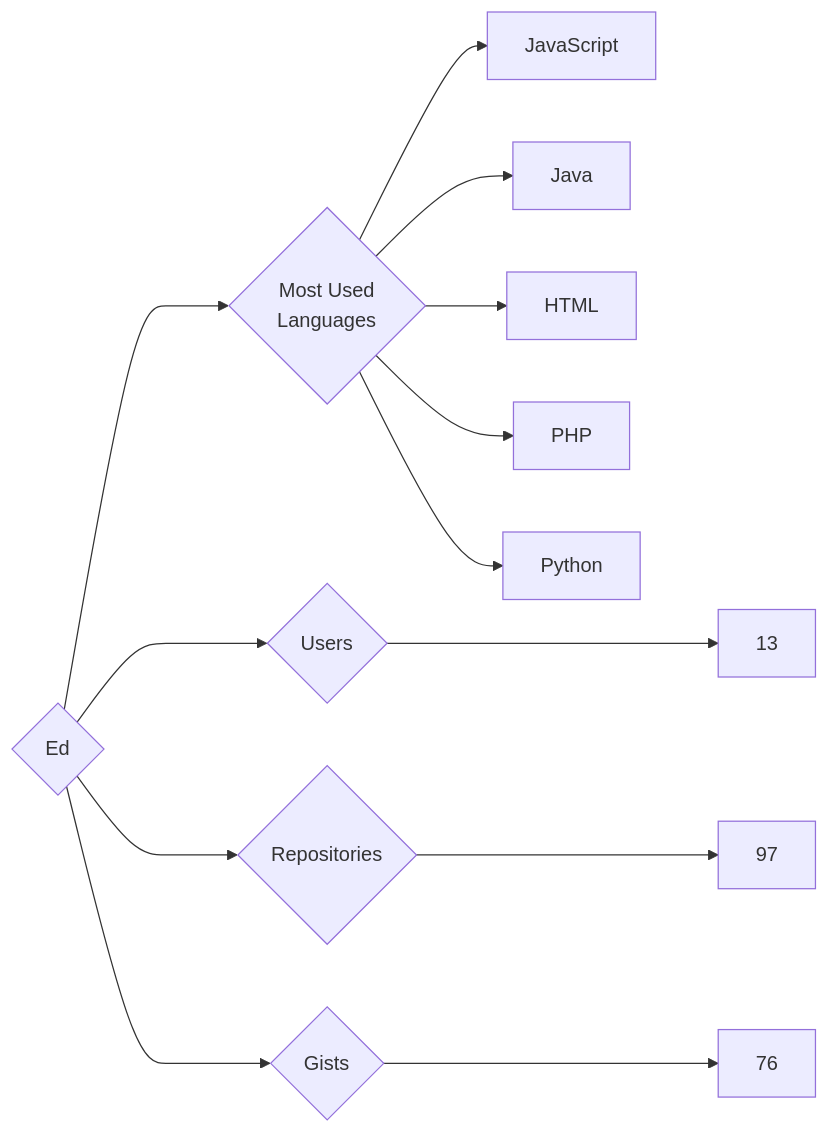
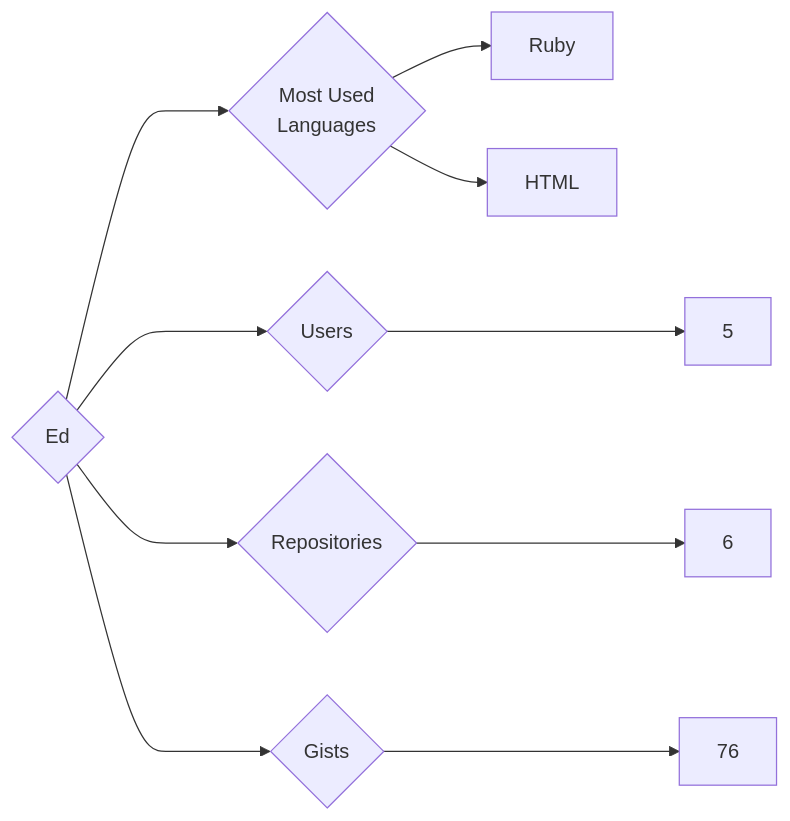
One commit to trickest/insiders changed the diagram in targets/Ed/README.md. Above: the diagram before and after it, drawn with Mermaid. The commit also changed 1314 other files, not shown here.

````diff
--- a/targets/Ed/README.md
+++ b/targets/Ed/README.md
@@ -3,13 +3,10 @@
 ```mermaid
 graph LR
 COMPANY_NAME{Ed}
-COMPANY_NAME ---> U{Users} ---> UN[13]
-COMPANY_NAME ---> R{Repositories} ---> RN[97]
+COMPANY_NAME ---> U{Users} ---> UN[5]
+COMPANY_NAME ---> R{Repositories} ---> RN[6]
 COMPANY_NAME ---> G{Gists} ---> GN[76]
 COMPANY_NAME ---> ML{Most Used<br>Languages}
-ML --> JavaScript[JavaScript]
-ML --> Java[Java]
+ML --> Ruby[Ruby]
 ML --> HTML[HTML]
-ML --> PHP[PHP]
-ML --> Python[Python]
 ```
````
